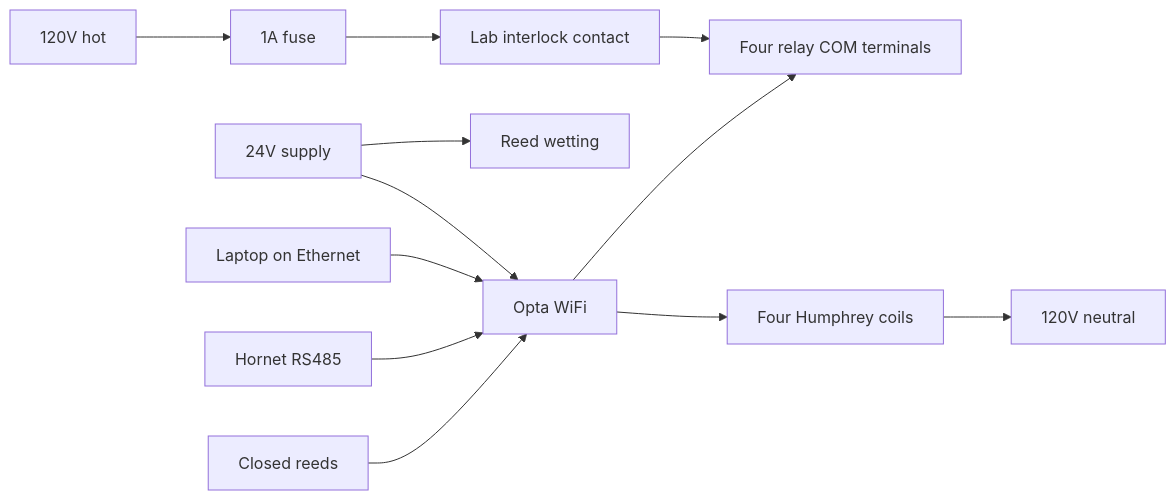
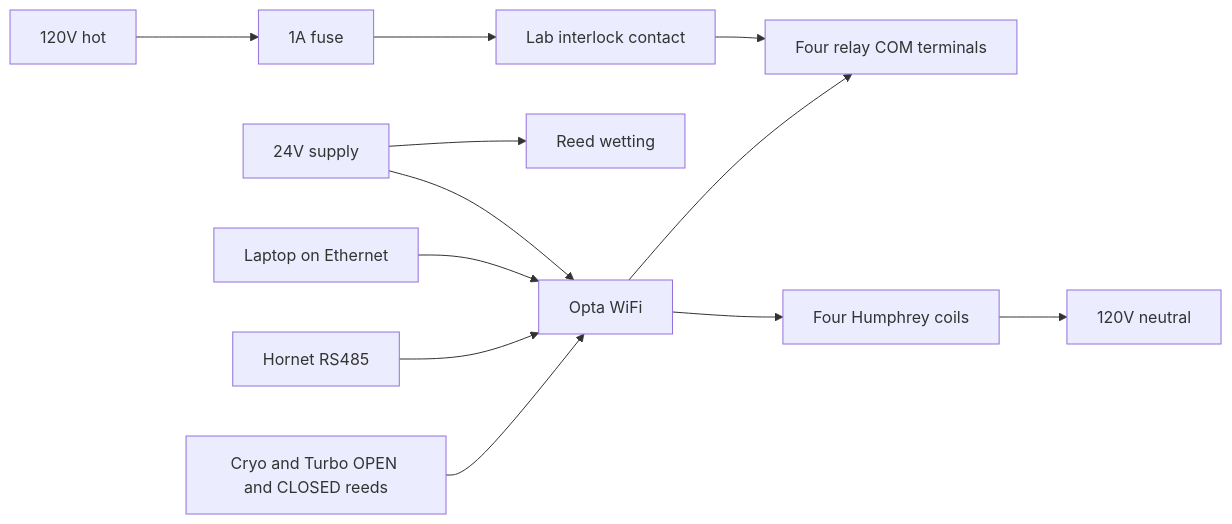
One commit to harshddes/VacuumSystem-Arduino changed the diagram in .cursor/plans/opta_maze_setup_d62d94d0.plan.md. Above: the diagram before and after it, drawn with Mermaid. The commit also changed other lines of this file and 9 other files, not shown here.

````diff
--- a/.cursor/plans/opta_maze_setup_d62d94d0.plan.md
+++ b/.cursor/plans/opta_maze_setup_d62d94d0.plan.md
@@ -20,14 +20,14 @@
 ```mermaid
 flowchart LR
   supply24[24V supply] --> opta[Opta WiFi]
   supply24 --> reedWet[Reed wetting]
   laptop[Laptop on Ethernet] --> opta
   hornet[Hornet RS485] --> opta
-  reeds[Closed reeds] --> opta
+  reeds[Cryo and Turbo OPEN and CLOSED reeds] --> opta
   wall120[120V hot] --> fuse[1A fuse]
   fuse --> interlock[Lab interlock contact]
   interlock --> coms[Four relay COM terminals]
   opta --> coms
   opta --> coils[Four Humphrey coils]
   coils --> neutral[120V neutral]
 ```
````
